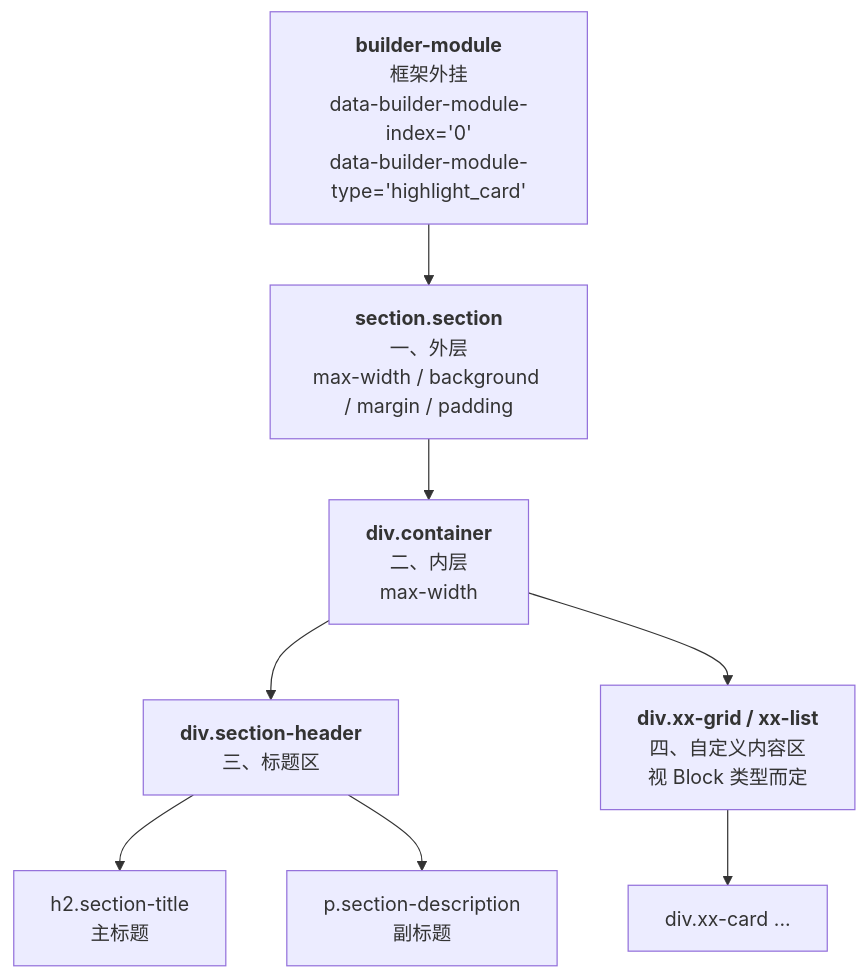
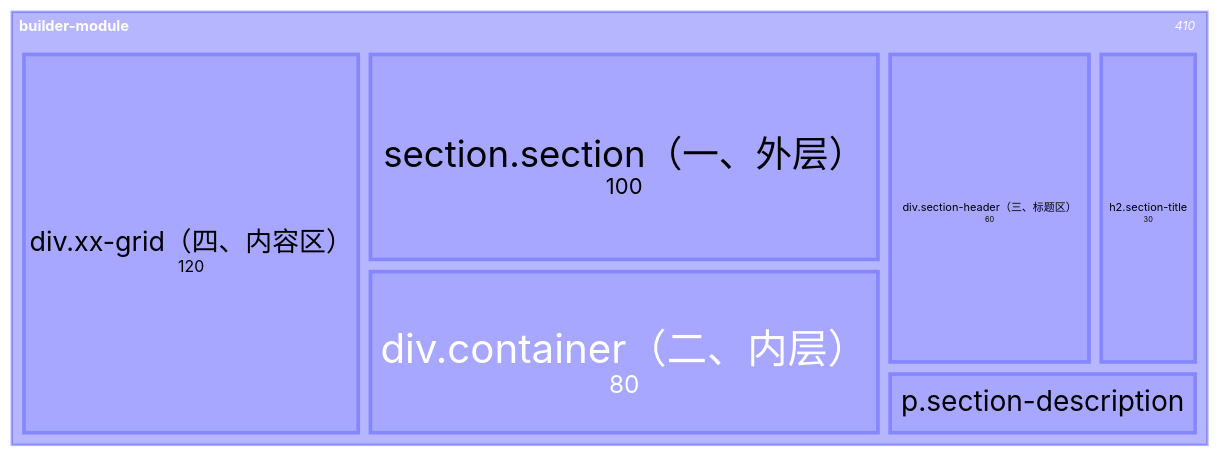
Before and after one commit to jjq-git/mycompany.website: the diagram in .claude/skills/template-new-block/reference/block-structure.md, drawn with Mermaid.

````diff
--- a/.claude/skills/template-new-block/reference/block-structure.md
+++ b/.claude/skills/template-new-block/reference/block-structure.md
@@ -25,19 +25,14 @@
 ```mermaid
-flowchart TB
-    BM["<b>builder-module</b><br/>框架外挂<br/>data-builder-module-index='0'<br/>data-builder-module-type='highlight_card'"]
-    SEC["<b>section.section</b><br/>一、外层<br/>max-width / background / margin / padding"]
-    CONT["<b>div.container</b><br/>二、内层<br/>max-width"]
-    HEADER["<b>div.section-header</b><br/>三、标题区"]
-    TITLE["h2.section-title<br/>主标题"]
-    SUBTITLE["p.section-description<br/>副标题"]
-    CONTENT["<b>div.xx-grid / xx-list</b><br/>四、自定义内容区<br/>视 Block 类型而定"]
-    CARD["div.xx-card ..."]
-
-    BM --> SEC
-    SEC --> CONT
-    CONT --> HEADER
-    CONT --> CONTENT
-    HEADER --> TITLE
-    HEADER --> SUBTITLE
-    CONTENT --> CARD
+---
+config:
+  theme: default
+---
+treemap-beta
+"builder-module"
+    "section.section（一、外层）": 100
+    "div.container（二、内层）": 80
+    "div.section-header（三、标题区）": 60
+    "h2.section-title": 30
+    "p.section-description": 20
+    "div.xx-grid（四、内容区）": 120
 ```
````
